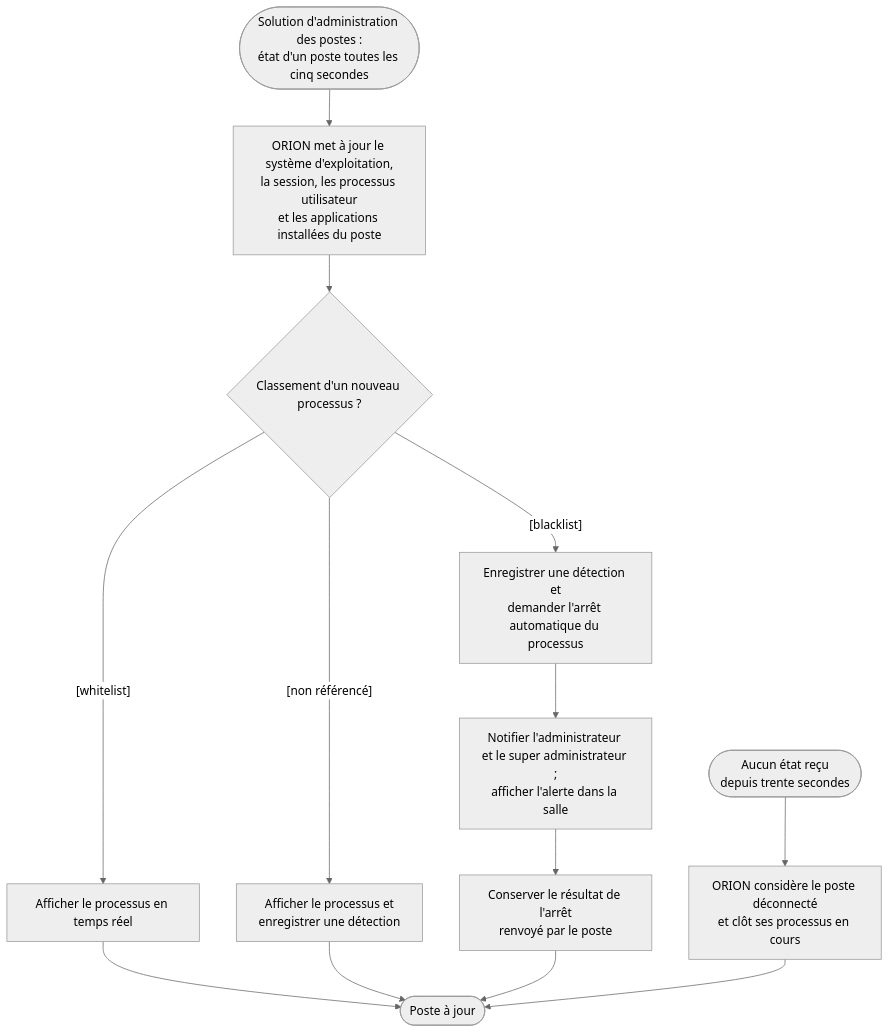
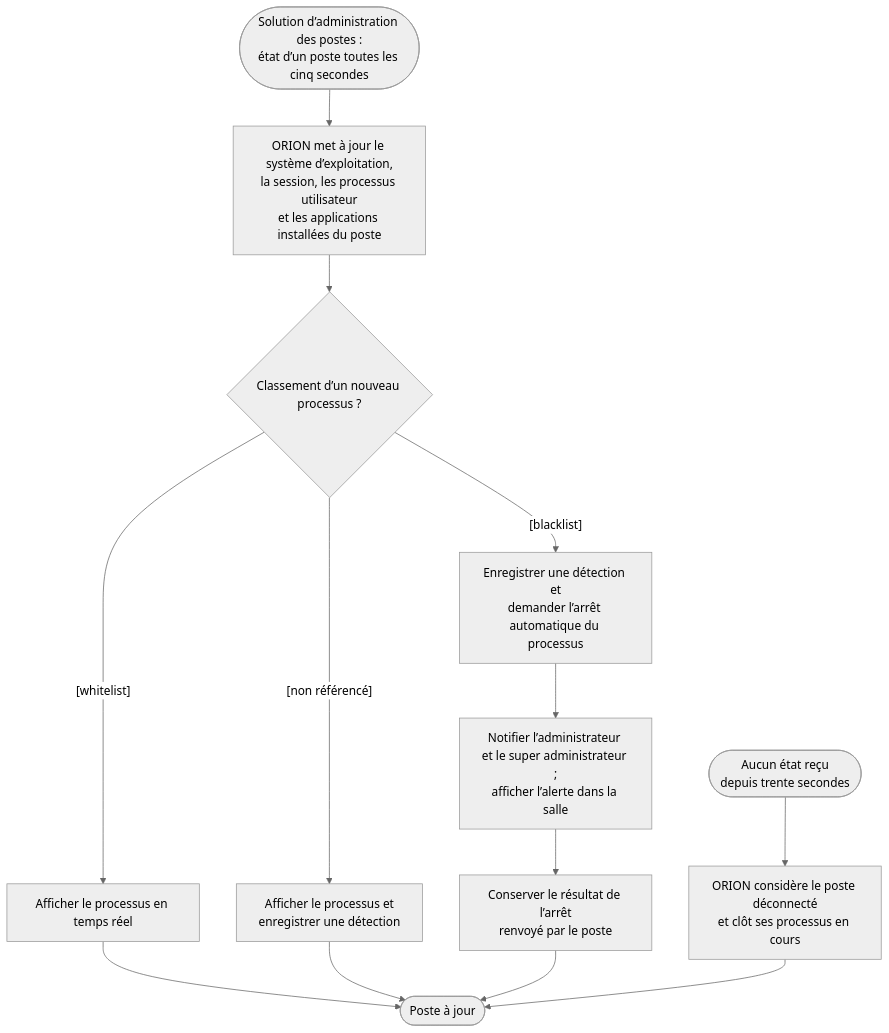
One commit to bpierrelouis/aster changed the sixth of 10 diagrams in docs/02-ANALYSE/01-MODELISATION-METIER/02-DIAGRAMMES-ACTIVITE.md. Above: the diagram before and after it, drawn with Mermaid (neutral theme). The commit also changed other lines of this file and 32 other files, not shown here.

First line of the commit message:
docs: employer l'apostrophe typographique dans les sources du DSE

````diff
--- a/docs/02-ANALYSE/01-MODELISATION-METIER/02-DIAGRAMMES-ACTIVITE.md
+++ b/docs/02-ANALYSE/01-MODELISATION-METIER/02-DIAGRAMMES-ACTIVITE.md
@@ -114,15 +114,15 @@
 ```mermaid
 flowchart TD
-    rapport(["Solution d'administration des postes :<br/>état d'un poste toutes les cinq secondes"]) --> etat["ORION met à jour le système d'exploitation,<br/>la session, les processus utilisateur<br/>et les applications installées du poste"]
-    etat --> classement{"Classement d'un nouveau processus ?"}
+    rapport(["Solution d’administration des postes :<br/>état d’un poste toutes les cinq secondes"]) --> etat["ORION met à jour le système d’exploitation,<br/>la session, les processus utilisateur<br/>et les applications installées du poste"]
+    etat --> classement{"Classement d’un nouveau processus ?"}
     classement -->|"[whitelist]"| affichage["Afficher le processus en temps réel"]
     classement -->|"[non référencé]"| detection["Afficher le processus et<br/>enregistrer une détection"]
-    classement -->|"[blacklist]"| interdit["Enregistrer une détection et<br/>demander l'arrêt automatique du processus"]
-    interdit --> alerte["Notifier l'administrateur et le super administrateur ;<br/>afficher l'alerte dans la salle"]
-    alerte --> resultat["Conserver le résultat de l'arrêt<br/>renvoyé par le poste"]
+    classement -->|"[blacklist]"| interdit["Enregistrer une détection et<br/>demander l’arrêt automatique du processus"]
+    interdit --> alerte["Notifier l’administrateur et le super administrateur ;<br/>afficher l’alerte dans la salle"]
+    alerte --> resultat["Conserver le résultat de l’arrêt<br/>renvoyé par le poste"]
     affichage --> fin(["Poste à jour"])
     detection --> fin
     resultat --> fin
     silence(["Aucun état reçu<br/>depuis trente secondes"]) --> deconnecte["ORION considère le poste déconnecté<br/>et clôt ses processus en cours"]
     deconnecte --> fin
 ```
````
